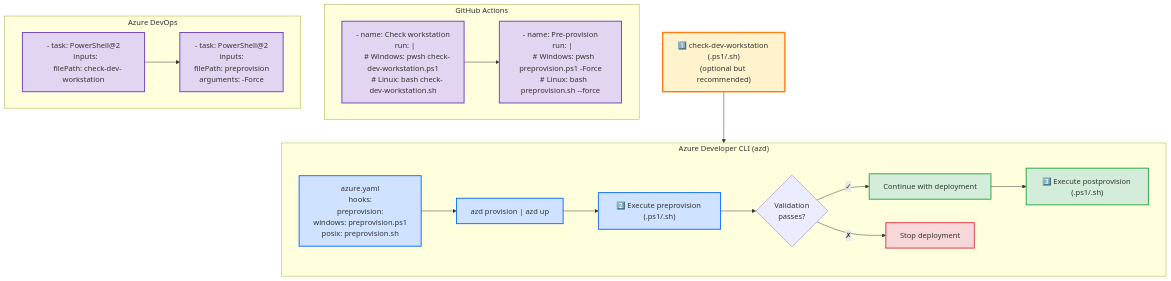
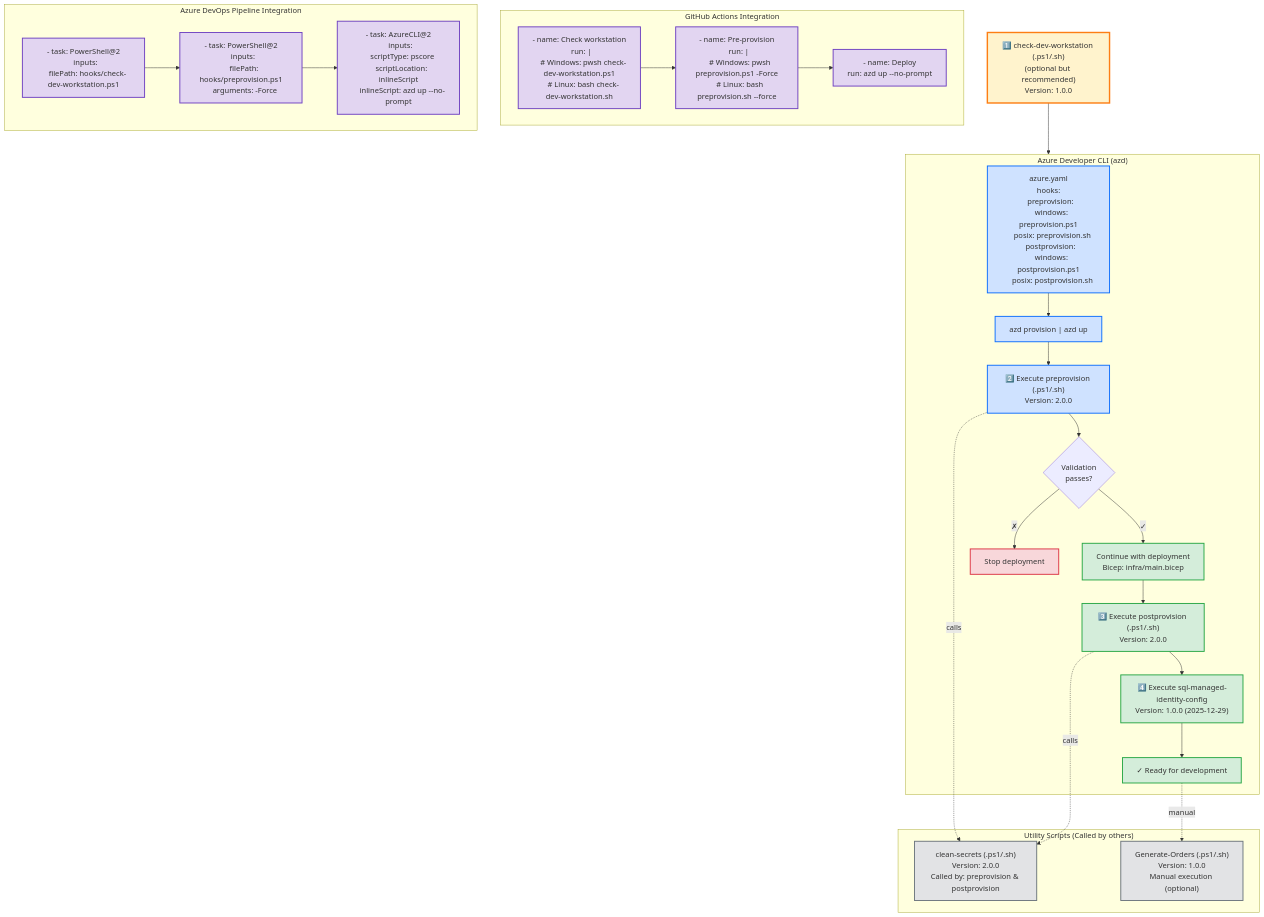
The sixth of 6 diagrams in hooks/VALIDATION-WORKFLOW.md (Evilazaro/Azure-LogicApps-Monitoring), drawn with Mermaid before and after one commit. The commit also changed other lines of this file, not shown here.

Commit message:
Refactor VALIDATION-WORKFLOW.md to enhance clarity and structure; update workflow order, script details, and visual representations for improved usability and documentation accuracy

````diff
--- a/hooks/VALIDATION-WORKFLOW.md
+++ b/hooks/VALIDATION-WORKFLOW.md
@@ -110,39 +259,56 @@
 ```mermaid
 flowchart TD
-    CheckDev["1️⃣ check-dev-workstation (.ps1/.sh)<br/>(optional but recommended)"]
+    CheckDev["1️⃣ check-dev-workstation (.ps1/.sh)<br/>(optional but recommended)<br/>Version: 1.0.0"]
     CheckDev --> AZD
     
     subgraph AZD["Azure Developer CLI (azd)"]
-        AzdYaml["azure.yaml<br/>hooks:<br/>  preprovision:<br/>    windows: preprovision.ps1<br/>    posix: preprovision.sh"]
+        AzdYaml["azure.yaml<br/>hooks:<br/>  preprovision:<br/>    windows: preprovision.ps1<br/>    posix: preprovision.sh<br/>  postprovision:<br/>    windows: postprovision.ps1<br/>    posix: postprovision.sh"]
         AzdYaml --> AzdCmd["azd provision | azd up"]
-        AzdCmd --> Execute["2️⃣ Execute preprovision (.ps1/.sh)"]
+        AzdCmd --> Execute["2️⃣ Execute preprovision (.ps1/.sh)<br/>Version: 2.0.0"]
         Execute --> Validate{Validation<br/>passes?}
-        Validate -->|✓| Deploy["Continue with deployment"]
-        Deploy --> Post["3️⃣ Execute postprovision (.ps1/.sh)"]
+        Validate -->|✓| Deploy["Continue with deployment<br/>Bicep: infra/main.bicep"]
+        Deploy --> Post["3️⃣ Execute postprovision (.ps1/.sh)<br/>Version: 2.0.0"]
+        Post --> SqlConfig["4️⃣ Execute sql-managed-identity-config<br/>Version: 1.0.0 (2025-12-29)"]
+        SqlConfig --> Ready["✓ Ready for development"]
         Validate -->|✗| Stop["Stop deployment"]
     end
     
-    subgraph GitHub["GitHub Actions"]
+    subgraph Utilities["Utility Scripts (Called by others)"]
+        CleanSec["clean-secrets (.ps1/.sh)<br/>Version: 2.0.0<br/>Called by: preprovision & postprovision"]
+        GenOrd["Generate-Orders (.ps1/.sh)<br/>Version: 1.0.0<br/>Manual execution (optional)"]
+    end
+    
+    subgraph GitHub["GitHub Actions Integration"]
         GHAction1["- name: Check workstation<br/>  run: |<br/>    # Windows: pwsh check-dev-workstation.ps1<br/>    # Linux: bash check-dev-workstation.sh"]
         GHAction2["- name: Pre-provision<br/>  run: |<br/>    # Windows: pwsh preprovision.ps1 -Force<br/>    # Linux: bash preprovision.sh --force"]
+        GHAction3["- name: Deploy<br/>  run: azd up --no-prompt"]
         GHAction1 --> GHAction2
+        GHAction2 --> GHAction3
     end
     
-    subgraph AzureDevOps["Azure DevOps"]
-        ADOTask1["- task: PowerShell@2<br/>  inputs:<br/>    filePath: check-dev-workstation"]
-        ADOTask2["- task: PowerShell@2<br/>  inputs:<br/>    filePath: preprovision<br/>    arguments: -Force"]
+    subgraph AzureDevOps["Azure DevOps Pipeline Integration"]
+        ADOTask1["- task: PowerShell@2<br/>  inputs:<br/>    filePath: hooks/check-dev-workstation.ps1"]
+        ADOTask2["- task: PowerShell@2<br/>  inputs:<br/>    filePath: hooks/preprovision.ps1<br/>    arguments: -Force"]
+        ADOTask3["- task: AzureCLI@2<br/>  inputs:<br/>    scriptType: pscore<br/>    scriptLocation: inlineScript<br/>    inlineScript: azd up --no-prompt"]
         ADOTask1 --> ADOTask2
+        ADOTask2 --> ADOTask3
     end
+    
+    Execute -.calls.-> CleanSec
+    Post -.calls.-> CleanSec
+    Ready -.manual.-> GenOrd
     
     classDef devClass fill:#fff3cd,stroke:#fd7e14,stroke-width:3px
     classDef azdClass fill:#cfe2ff,stroke:#0d6efd,stroke-width:2px
     classDef ciClass fill:#e2d5f1,stroke:#6f42c1,stroke-width:2px
     classDef successClass fill:#d4edda,stroke:#28a745,stroke-width:2px
     classDef failClass fill:#f8d7da,stroke:#dc3545,stroke-width:2px
+    classDef utilClass fill:#e2e3e5,stroke:#6c757d,stroke-width:2px
     
     class CheckDev devClass
     class AzdYaml,AzdCmd,Execute azdClass
-    class GHAction1,GHAction2,ADOTask1,ADOTask2 ciClass
-    class Deploy,Post successClass
+    class GHAction1,GHAction2,GHAction3,ADOTask1,ADOTask2,ADOTask3 ciClass
+    class Deploy,Post,SqlConfig,Ready successClass
     class Stop failClass
+    class CleanSec,GenOrd utilClass
 ```
````
